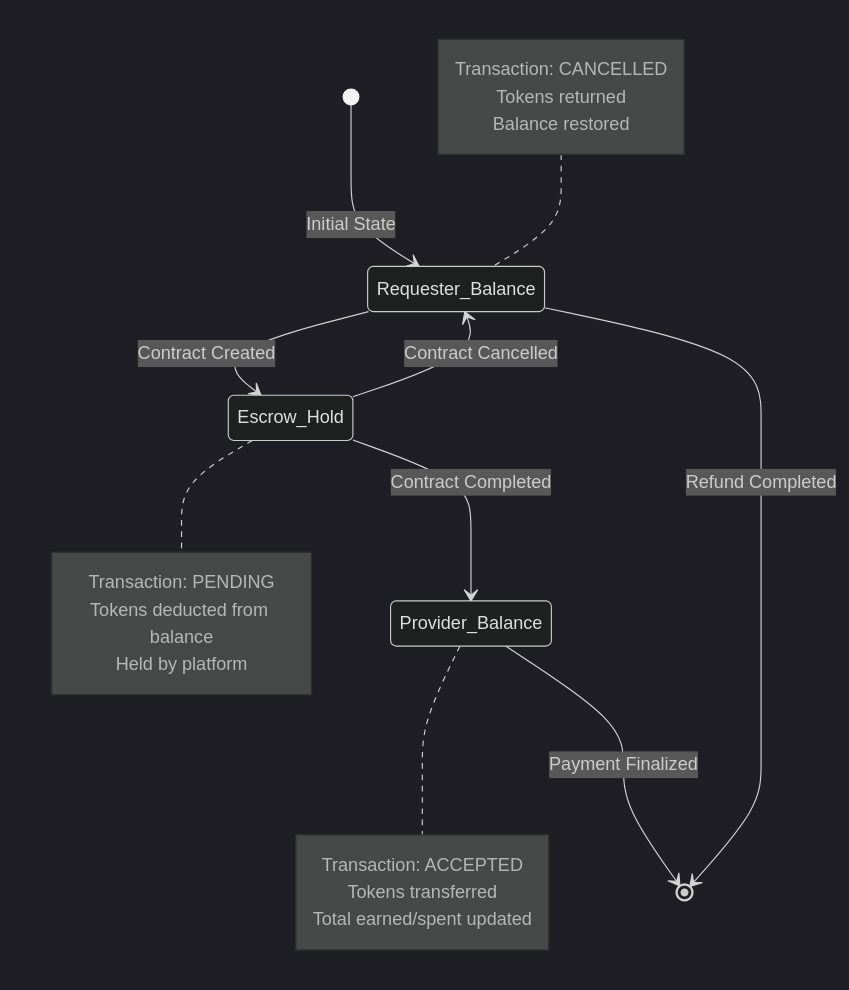
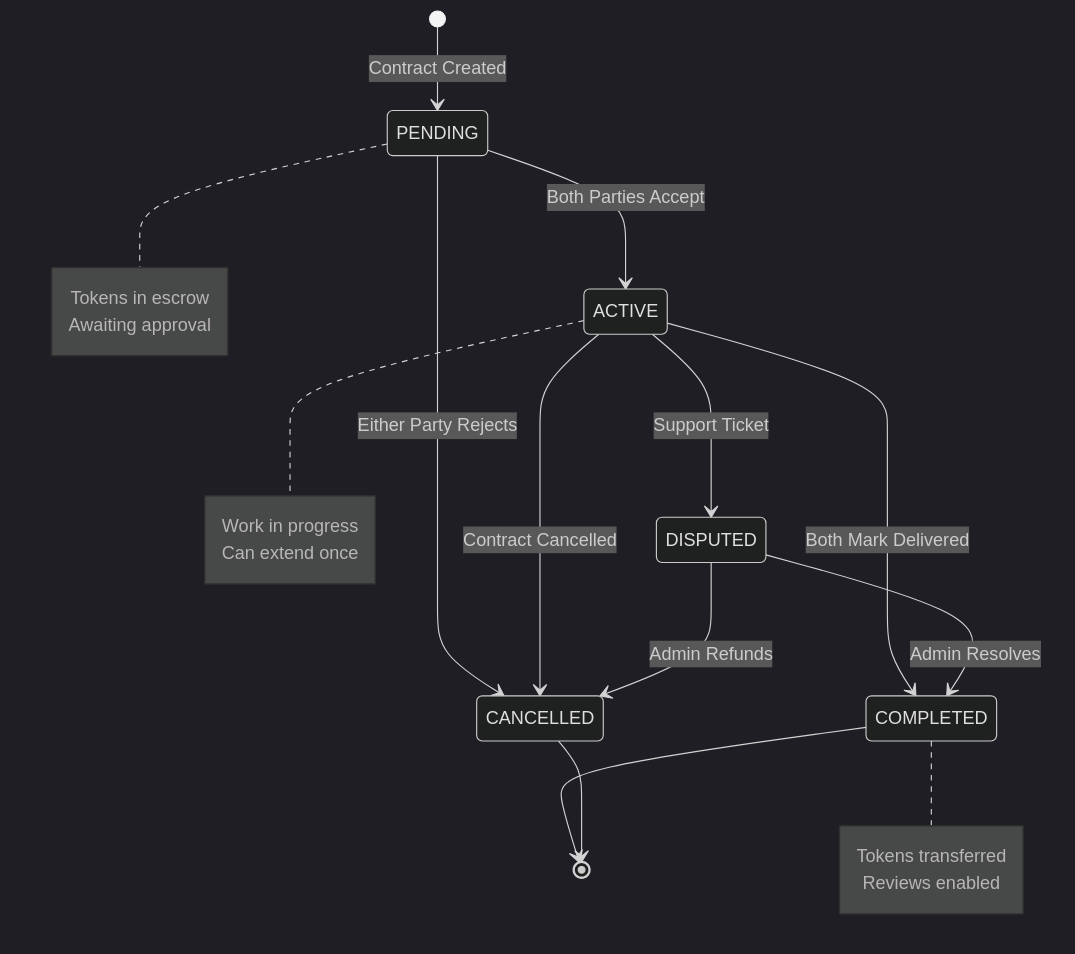
The third of 4 diagrams in README.md (ibrasaad/checking-Readme), drawn with Mermaid (dark theme) before and after one commit. The commit also changed other lines of this file, not shown here.

````diff
--- a/README.md
+++ b/README.md
@@ -479,28 +235,32 @@
 ```mermaid
 stateDiagram-v2
-    [*] --> Requester_Balance: Initial State
+    [*] --> PENDING: Contract Created
     
-    Requester_Balance --> Escrow_Hold: Contract Created
-    note right of Escrow_Hold
-        Transaction: PENDING
-        Tokens deducted from balance
-        Held by platform
+    PENDING --> ACTIVE: Both Parties Accept
+    PENDING --> CANCELLED: Either Party Rejects
+    
+    ACTIVE --> COMPLETED: Both Mark Delivered
+    ACTIVE --> CANCELLED: Contract Cancelled
+    ACTIVE --> DISPUTED: Support Ticket
+    
+    DISPUTED --> CANCELLED: Admin Refunds
+    DISPUTED --> COMPLETED: Admin Resolves
+    
+    COMPLETED --> [*]
+    CANCELLED --> [*]
+    
+    note right of PENDING
+        Tokens in escrow
+        Awaiting approval
     end note
     
-    Escrow_Hold --> Provider_Balance: Contract Completed
-    note right of Provider_Balance
-        Transaction: ACCEPTED
-        Tokens transferred
-        Total earned/spent updated
+    note right of ACTIVE
+        Work in progress
+        Can extend once
     end note
     
-    Escrow_Hold --> Requester_Balance: Contract Cancelled
-    note left of Requester_Balance
-        Transaction: CANCELLED
-        Tokens returned
-        Balance restored
+    note right of COMPLETED
+        Tokens transferred
+        Reviews enabled
     end note
-    
-    Provider_Balance --> [*]: Payment Finalized
-    Requester_Balance --> [*]: Refund Completed
 ```
````
